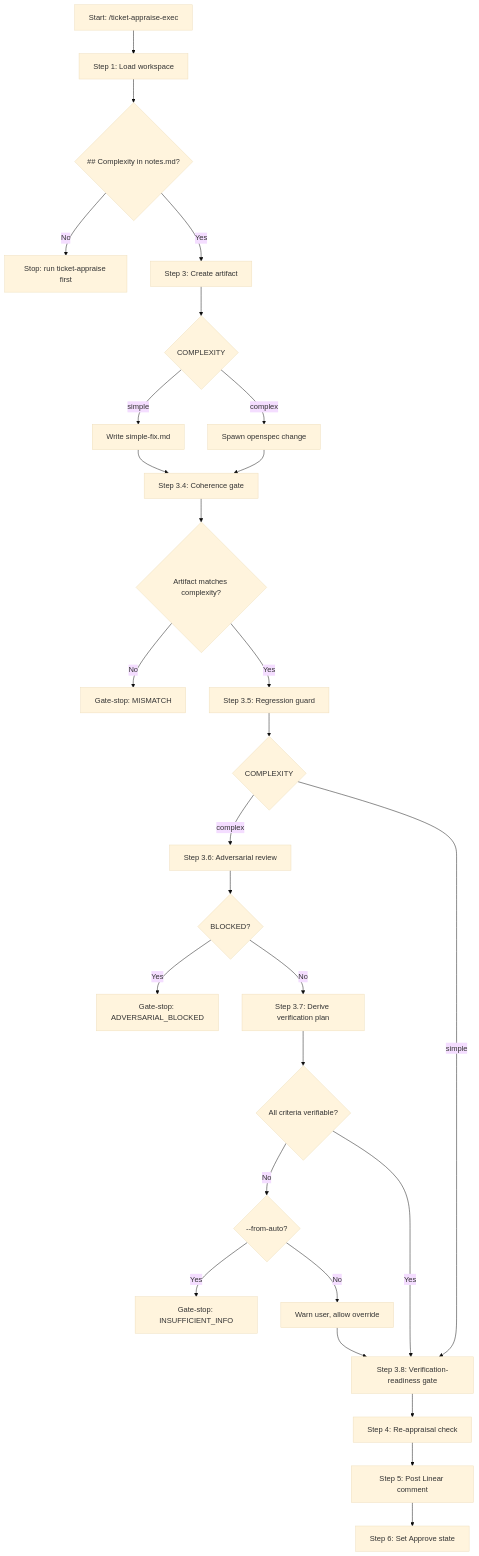
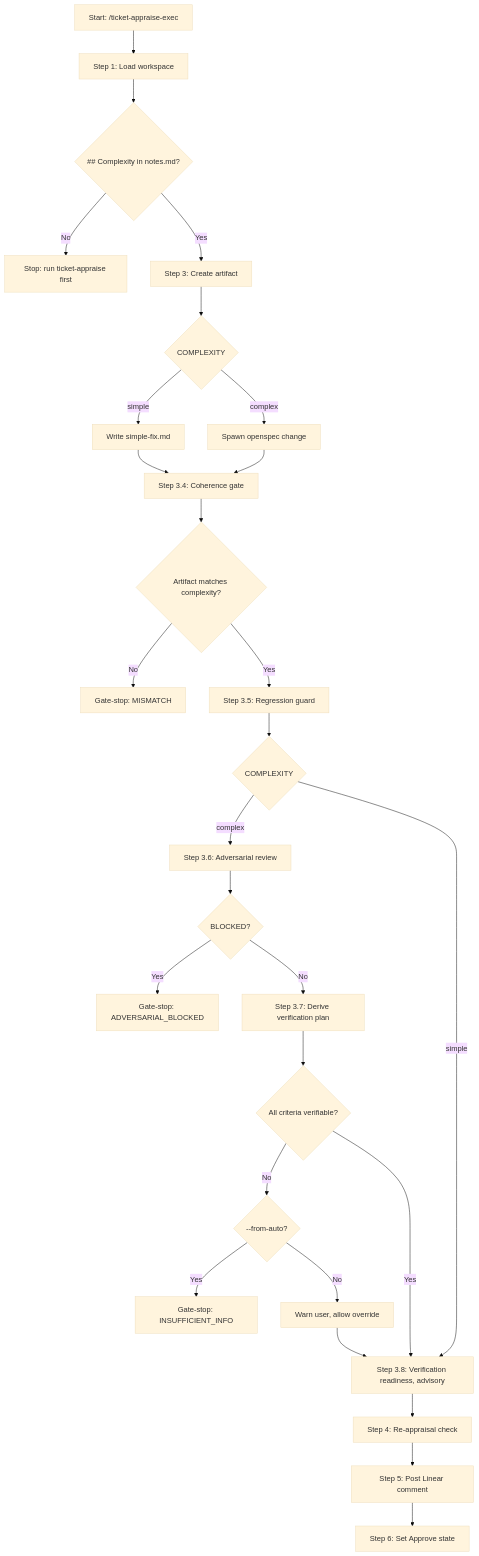
The diagram in ticket-auto-pipeline/docs/skills/ticket-appraise-exec.md (rogueprocess13/claude-plugins), drawn with Mermaid (base theme) before and after one commit. The commit also changed other lines of this file and 29 other files, not shown here.

First line of the commit message:
fix(ticket-auto-pipeline): one readiness scorer and one mode classifier for gate and appraise-exec

````diff
--- a/ticket-auto-pipeline/docs/skills/ticket-appraise-exec.md
+++ b/ticket-auto-pipeline/docs/skills/ticket-appraise-exec.md
@@ -73,30 +73,30 @@
 ```mermaid
 flowchart TD
     A[Start: /ticket-appraise-exec] --> B[Step 1: Load workspace]
     B --> C{## Complexity in notes.md?}
     C -->|No| STOP1[Stop: run ticket-appraise first]
     C -->|Yes| D[Step 3: Create artifact]
     D --> E{COMPLEXITY}
     E -->|simple| F[Write simple-fix.md]
     E -->|complex| G[Spawn openspec change]
     F --> H[Step 3.4: Coherence gate]
     G --> H
     H --> I{Artifact matches complexity?}
     I -->|No| STOP2[Gate-stop: MISMATCH]
     I -->|Yes| J[Step 3.5: Regression guard]
     J --> K{COMPLEXITY}
     K -->|complex| L[Step 3.6: Adversarial review]
-    K -->|simple| M[Step 3.8: Verification-readiness gate]
+    K -->|simple| M[Step 3.8: Verification readiness, advisory]
     L --> N{BLOCKED?}
     N -->|Yes| STOP3[Gate-stop: ADVERSARIAL_BLOCKED]
     N -->|No| O[Step 3.7: Derive verification plan]
     O --> P{All criteria verifiable?}
     P -->|No| Q{--from-auto?}
     Q -->|Yes| STOP4[Gate-stop: INSUFFICIENT_INFO]
     Q -->|No| R[Warn user, allow override]
     R --> M
     P -->|Yes| M
     M --> S[Step 4: Re-appraisal check]
     S --> T[Step 5: Post Linear comment]
     T --> U[Step 6: Set Approve state]
 ```
````
